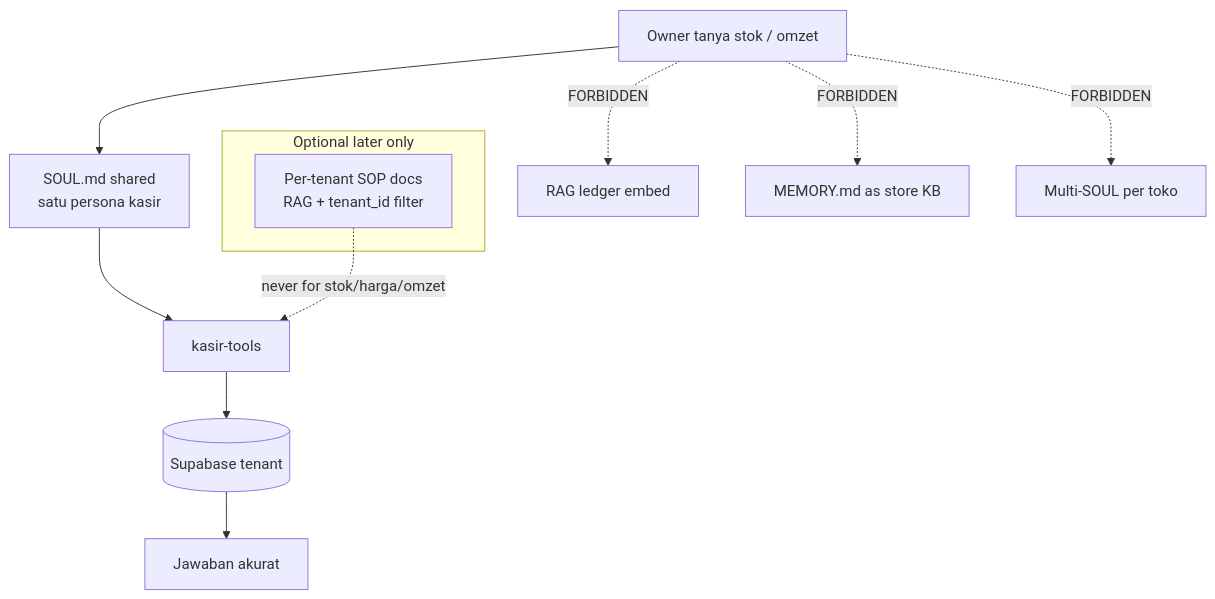
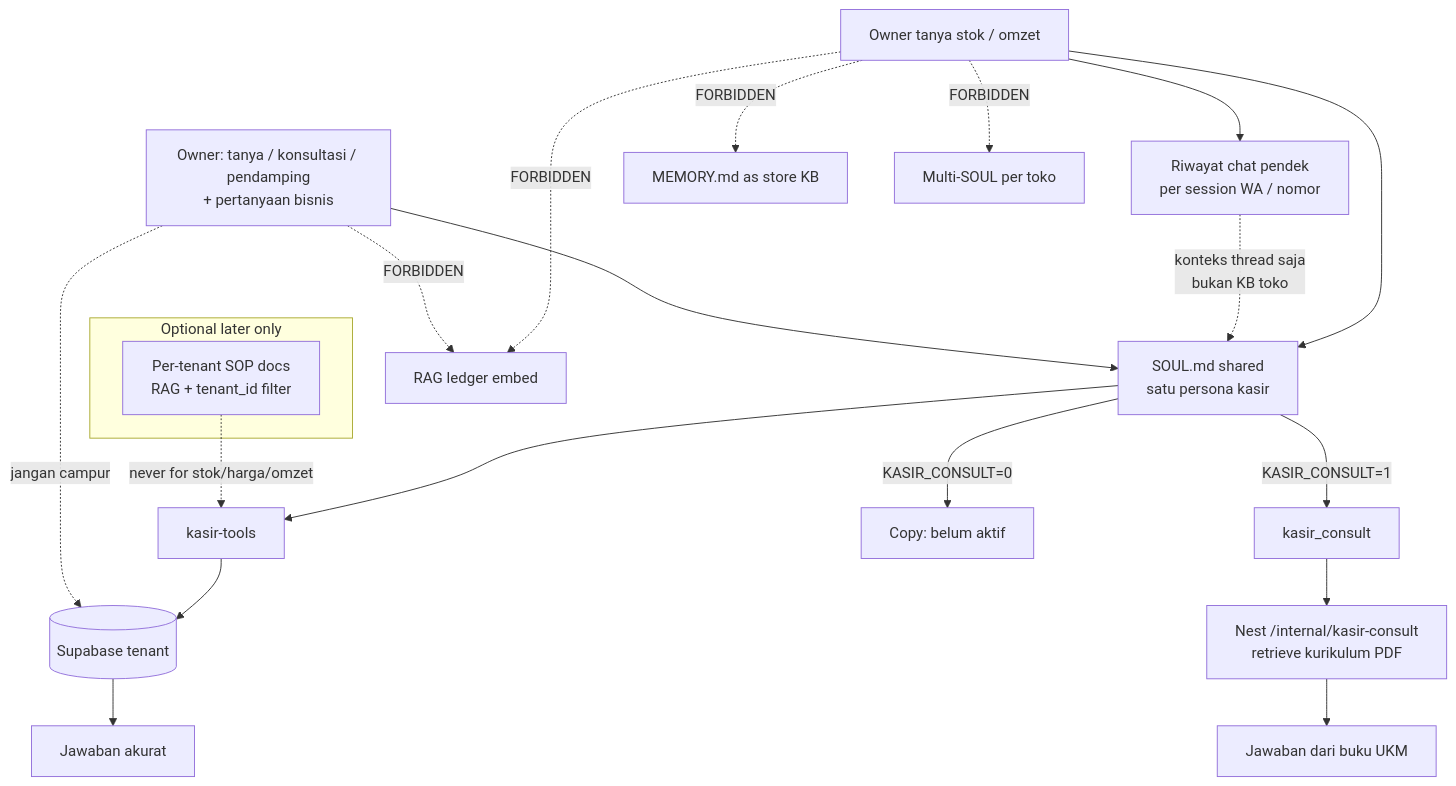
Before and after one commit to nusantarasoft/juragan-aibuilder-cup: the diagram in diagrams/aistudio/umkm-wa/system/L8-knowledge-soul.mmd, drawn with Mermaid. The commit also changed 27 other files, not shown here.

First line of the commit message:
feat(kasir): add kurikulum consult via Nest RAG behind KASIR_CONSULT

```diff
--- a/diagrams/aistudio/umkm-wa/system/L8-knowledge-soul.mmd
+++ b/diagrams/aistudio/umkm-wa/system/L8-knowledge-soul.mmd
@@ -1,16 +1,29 @@
-%% System L8: knowledge + character locks (Q2 / Q3) — eng / ops
-%% Facts never via RAG or MEMORY.md; one shared SOUL; tenant = tools/DB.
+%% System L8: knowledge + character locks (Q2 / Q3) + kurikulum consult — eng / ops
+%% Facts stok/omzet = tools/DB; short-term chat OK; kurikulum = kasir_consult→Nest RAG (flag).
+%% Never MEMORY/RAG ledger for stok/harga/omzet.
 flowchart TB
   Q[Owner tanya stok / omzet] --> S[SOUL.md shared<br/>satu persona kasir]
   S --> T[kasir-tools]
   T --> DB[(Supabase tenant)]
   DB --> A[Jawaban akurat]
 
+  Q --> H[Riwayat chat pendek<br/>per session WA / nomor]
+  H -.->|konteks thread saja<br/>bukan KB toko| S
+
+  C[Owner: tanya / konsultasi / pendamping<br/>+ pertanyaan bisnis]
+  C --> S
+  S -->|KASIR_CONSULT=1| KC[kasir_consult]
+  KC --> Nest[Nest /internal/kasir-consult<br/>retrieve kurikulum PDF]
+  Nest --> Buku[Jawaban dari buku UKM]
+  S -->|KASIR_CONSULT=0| Off[Copy: belum aktif]
+
   Q -.->|FORBIDDEN| R[RAG ledger embed]
   Q -.->|FORBIDDEN| M[MEMORY.md as store KB]
   Q -.->|FORBIDDEN| MS[Multi-SOUL per toko]
+  C -.->|FORBIDDEN| R
+  C -.->|jangan campur| DB
 
   subgraph later["Optional later only"]
     DOC[Per-tenant SOP docs<br/>RAG + tenant_id filter]
   end
   DOC -.->|never for stok/harga/omzet| T
```
